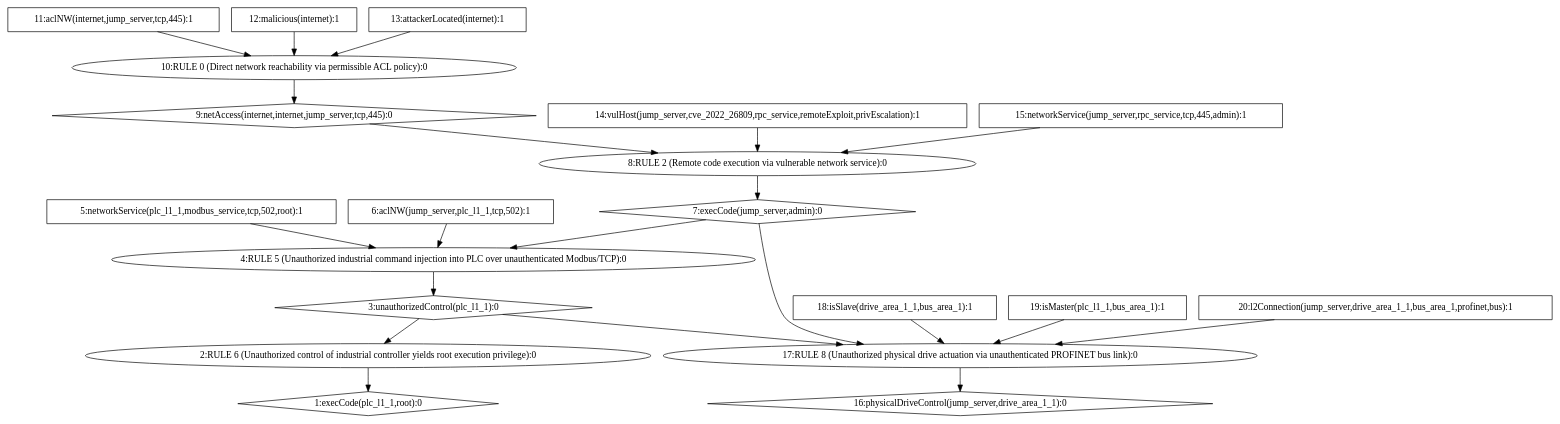
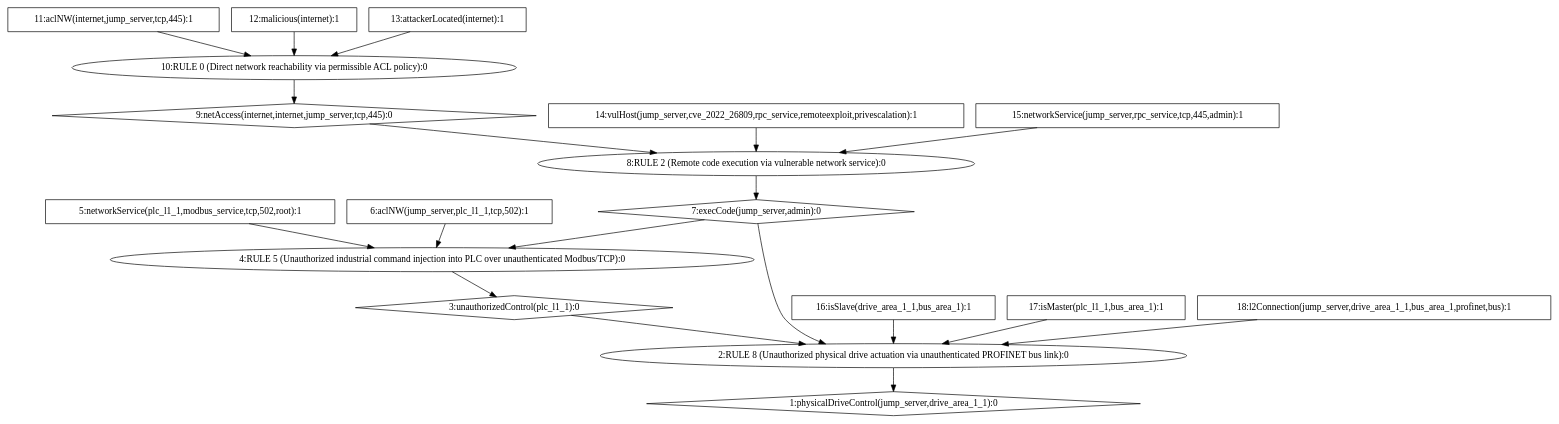
One commit to kacurrelsja/MULVAL changed the diagram in ot_pipeline/results/dot/AttackGraph_06_PROFINET_Drive_Control.dot. Above: the diagram before and after it, drawn with Graphviz. The commit also changed 52 other files, not shown here.

```diff
--- a/ot_pipeline/results/dot/AttackGraph_06_PROFINET_Drive_Control.dot
+++ b/ot_pipeline/results/dot/AttackGraph_06_PROFINET_Drive_Control.dot
@@ -1,42 +1,38 @@
 digraph G {
-	1 [label="1:execCode(plc_l1_1,root):0",shape=diamond];
-	2 [label="2:RULE 6 (Unauthorized control of industrial controller yields root execution privilege):0",shape=ellipse];
+	1 [label="1:physicalDriveControl(jump_server,drive_area_1_1):0",shape=diamond];
+	2 [label="2:RULE 8 (Unauthorized physical drive actuation via unauthenticated PROFINET bus link):0",shape=ellipse];
 	3 [label="3:unauthorizedControl(plc_l1_1):0",shape=diamond];
 	4 [label="4:RULE 5 (Unauthorized industrial command injection into PLC over unauthenticated Modbus/TCP):0",shape=ellipse];
 	5 [label="5:networkService(plc_l1_1,modbus_service,tcp,502,root):1",shape=box];
 	6 [label="6:aclNW(jump_server,plc_l1_1,tcp,502):1",shape=box];
 	7 [label="7:execCode(jump_server,admin):0",shape=diamond];
 	8 [label="8:RULE 2 (Remote code execution via vulnerable network service):0",shape=ellipse];
 	9 [label="9:netAccess(internet,internet,jump_server,tcp,445):0",shape=diamond];
 	10 [label="10:RULE 0 (Direct network reachability via permissible ACL policy):0",shape=ellipse];
 	11 [label="11:aclNW(internet,jump_server,tcp,445):1",shape=box];
 	12 [label="12:malicious(internet):1",shape=box];
 	13 [label="13:attackerLocated(internet):1",shape=box];
-	14 [label="14:vulHost(jump_server,cve_2022_26809,rpc_service,remoteExploit,privEscalation):1",shape=box];
+	14 [label="14:vulHost(jump_server,cve_2022_26809,rpc_service,remoteexploit,privescalation):1",shape=box];
 	15 [label="15:networkService(jump_server,rpc_service,tcp,445,admin):1",shape=box];
-	16 [label="16:physicalDriveControl(jump_server,drive_area_1_1):0",shape=diamond];
-	17 [label="17:RULE 8 (Unauthorized physical drive actuation via unauthenticated PROFINET bus link):0",shape=ellipse];
-	18 [label="18:isSlave(drive_area_1_1,bus_area_1):1",shape=box];
-	19 [label="19:isMaster(plc_l1_1,bus_area_1):1",shape=box];
-	20 [label="20:l2Connection(jump_server,drive_area_1_1,bus_area_1,profinet,bus):1",shape=box];
+	16 [label="16:isSlave(drive_area_1_1,bus_area_1):1",shape=box];
+	17 [label="17:isMaster(plc_l1_1,bus_area_1):1",shape=box];
+	18 [label="18:l2Connection(jump_server,drive_area_1_1,bus_area_1,profinet,bus):1",shape=box];
 	5 -> 	4;
 	6 -> 	4;
 	11 -> 	10;
 	12 -> 	10;
 	13 -> 	10;
 	10 -> 	9;
 	9 -> 	8;
 	14 -> 	8;
 	15 -> 	8;
 	8 -> 	7;
 	7 -> 	4;
 	4 -> 	3;
 	3 -> 	2;
+	16 -> 	2;
+	17 -> 	2;
+	18 -> 	2;
+	7 -> 	2;
 	2 -> 	1;
-	3 -> 	17;
-	18 -> 	17;
-	19 -> 	17;
-	20 -> 	17;
-	7 -> 	17;
-	17 -> 	16;
 }
```
